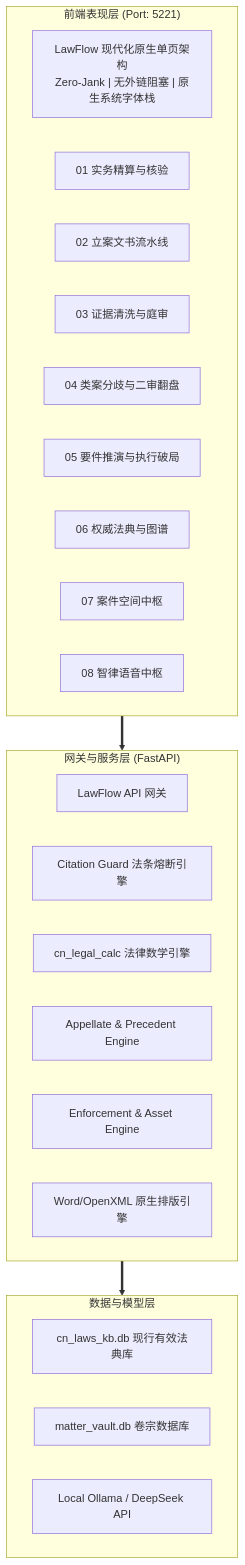
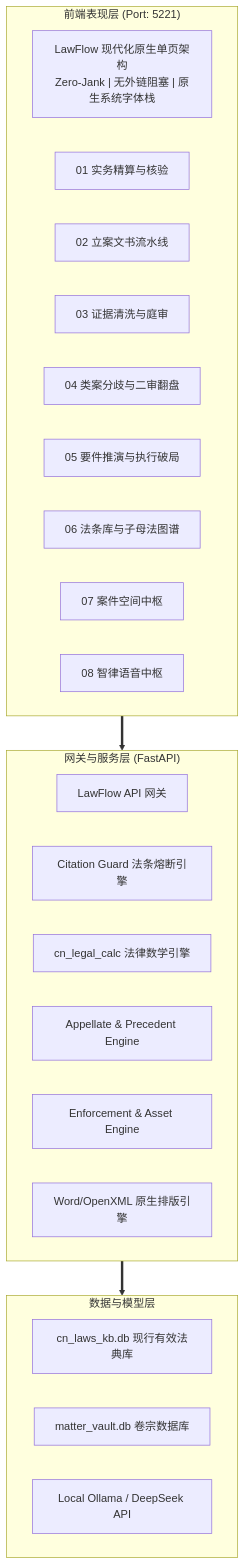
The diagram in README.md (kevinyaowenrui-hue/lawflow), drawn with Mermaid before and after one commit. The commit also changed other lines of this file and 17 other files, not shown here.

````diff
--- a/README.md
+++ b/README.md
@@ -66,32 +66,32 @@
 ```mermaid
 graph TD
     subgraph Frontend["前端表现层 (Port: 5221)"]
         UI["LawFlow 现代化原生单页架构<br/>Zero-Jank | 无外链阻塞 | 原生系统字体栈"]
         M1["01 实务精算与核验"]
         M2["02 立案文书流水线"]
         M3["03 证据清洗与庭审"]
         M4["04 类案分歧与二审翻盘"]
         M5["05 要件推演与执行破局"]
-        M6["06 权威法典与图谱"]
+        M6["06 法条库与子母法图谱"]
         M7["07 案件空间中枢"]
         M8["08 智律语音中枢"]
     end
 
     subgraph Gateway["网关与服务层 (FastAPI)"]
         GW["LawFlow API 网关"]
         CG["Citation Guard 法条熔断引擎"]
         Calc["cn_legal_calc 法律数学引擎"]
         Appeal["Appellate & Precedent Engine"]
         Enforce["Enforcement & Asset Engine"]
         DocxGen["Word/OpenXML 原生排版引擎"]
     end
 
     subgraph Storage["数据与模型层"]
         DB1["cn_laws_kb.db 现行有效法典库"]
         DB2["matter_vault.db 卷宗数据库"]
         Ollama["Local Ollama / DeepSeek API"]
     end
 
     Frontend ==> Gateway
     Gateway ==> Storage
 ```
````
